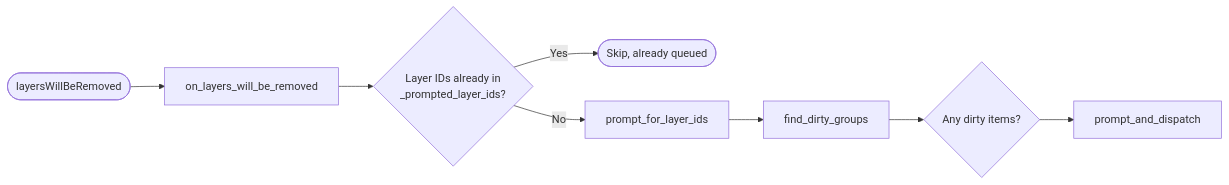
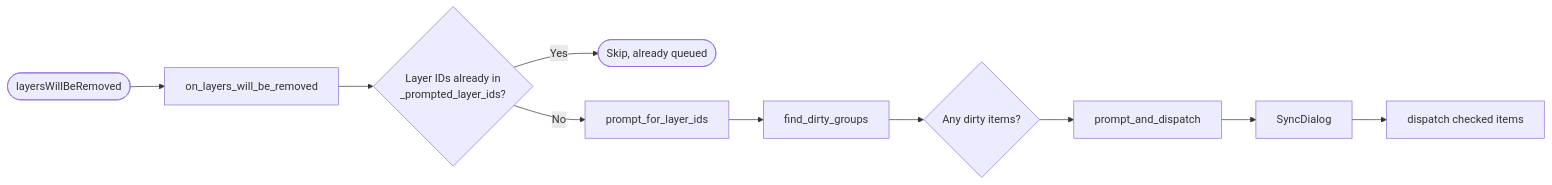
The fourth of 5 diagrams in doc/dirty_tracking.md (nens/rana-qgis-plugin), drawn with Mermaid before and after one commit. The commit also changed other lines of this file and 16 other files, not shown here.

````diff
--- a/doc/dirty_tracking.md
+++ b/doc/dirty_tracking.md
@@ -240,10 +248,12 @@
 ```mermaid
 flowchart LR
     layersWillBeRemoved([layersWillBeRemoved]) --> on_layers_will_be_removed
     on_layers_will_be_removed --> pending{"Layer IDs already in\n_prompted_layer_ids?"}
     pending -- Yes --> skip(["Skip, already queued"])
     pending -- No --> prompt_for_layer_ids
     prompt_for_layer_ids --> find_dirty_groups
     find_dirty_groups --> dirty{Any dirty items?}
     dirty --> prompt_and_dispatch
+    prompt_and_dispatch --> dialog[SyncDialog]
+    dialog --> checked[dispatch checked items]
 ```
````
